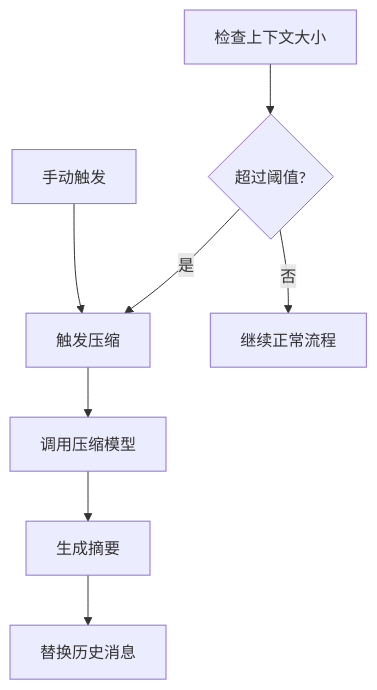
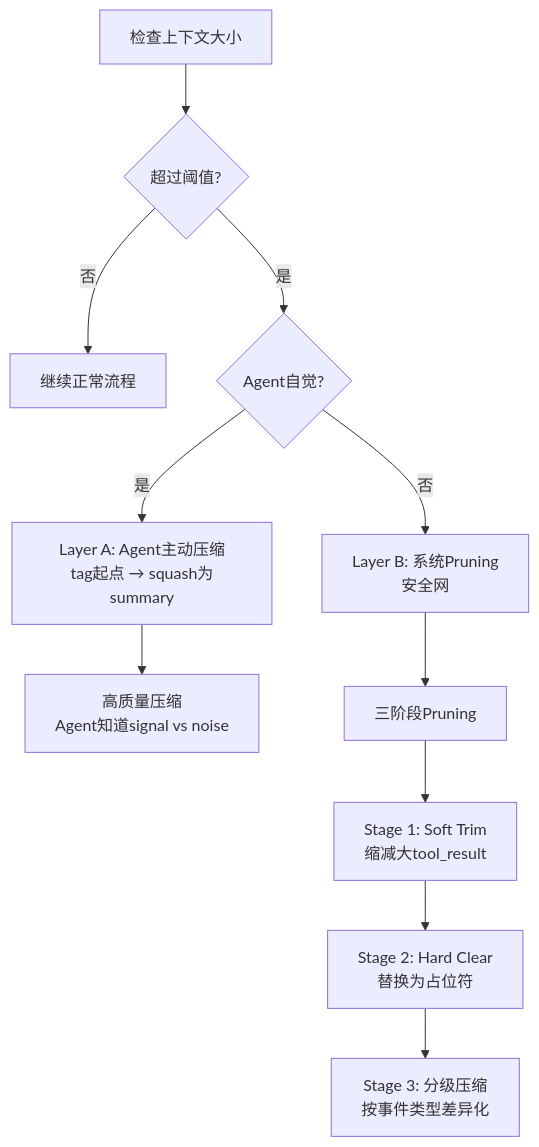
The third of 6 diagrams in progress/TECH-CONTEXT.md (MiyakoMeow/neco), drawn with Mermaid before and after one commit. The commit also changed other lines of this file and 7 other files, not shown here.

````diff
--- a/progress/TECH-CONTEXT.md
+++ b/progress/TECH-CONTEXT.md
@@ -47,11 +105,14 @@
 ```mermaid
 graph TD
     A[检查上下文大小] --> B{超过阈值?}
-    B -->|是| C[触发压缩]
     B -->|否| D[继续正常流程]
-    C --> E[调用压缩模型]
-    E --> F[生成摘要]
-    F --> G[替换历史消息]
+    B -->|是| E{Agent自觉?}
+    E -->|是| F[Layer A: Agent主动压缩<br/>tag起点 → squash为summary]
+    E -->|否| G[Layer B: 系统Pruning<br/>安全网]
+    F --> H[高质量压缩<br/>Agent知道signal vs noise]
+    G --> I[三阶段Pruning]
     
-    H[手动触发] --> C
+    I --> I1[Stage 1: Soft Trim<br/>缩减大tool_result]
+    I1 --> I2[Stage 2: Hard Clear<br/>替换为占位符]
+    I2 --> I3[Stage 3: 分级压缩<br/>按事件类型差异化]
 ```
````
